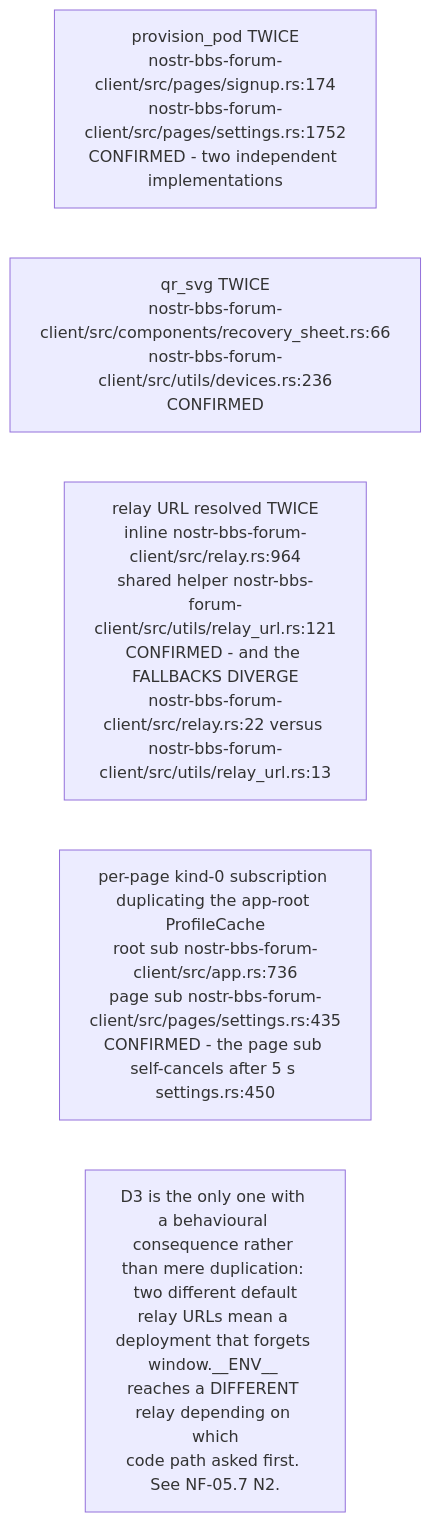
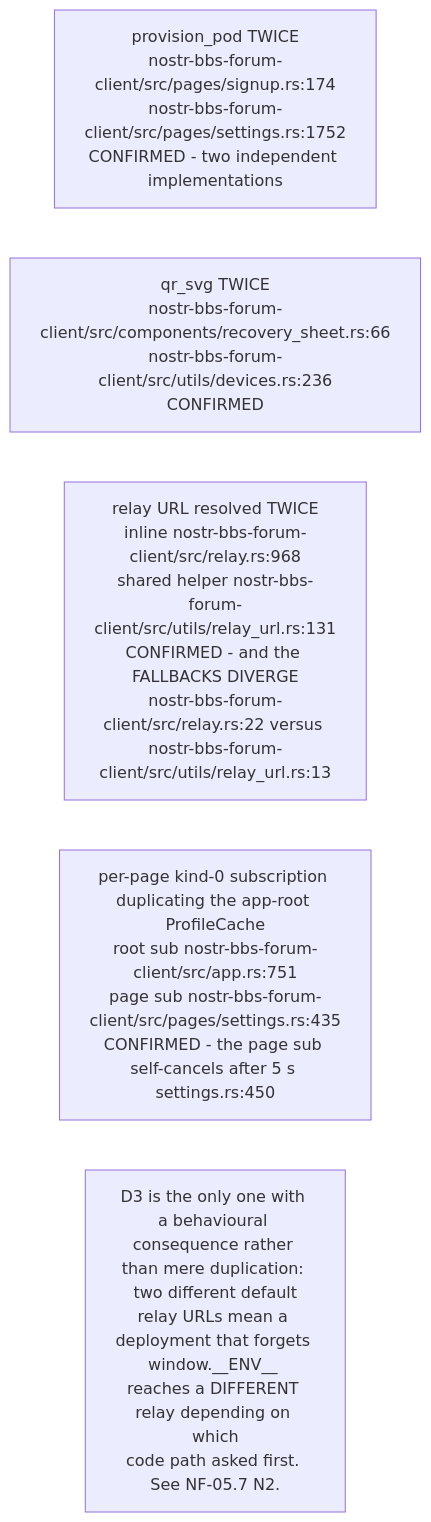
The fifth of 11 diagrams in docs/diagrams/nostr-rust-forum/10-invariants-and-anomaly-register.md (DreamLab-AI/VisionFlow), drawn with Mermaid before and after one commit. The commit also changed other lines of this file and 11 other files, not shown here.

````diff
--- a/docs/diagrams/nostr-rust-forum/10-invariants-and-anomaly-register.md
+++ b/docs/diagrams/nostr-rust-forum/10-invariants-and-anomaly-register.md
@@ -117,9 +119,9 @@
 ```mermaid
 flowchart LR
     D1["provision_pod TWICE<br/>nostr-bbs-forum-client/src/pages/signup.rs:174<br/>nostr-bbs-forum-client/src/pages/settings.rs:1752<br/>CONFIRMED - two independent implementations"]
     D2["qr_svg TWICE<br/>nostr-bbs-forum-client/src/components/recovery_sheet.rs:66<br/>nostr-bbs-forum-client/src/utils/devices.rs:236<br/>CONFIRMED"]
-    D3["relay URL resolved TWICE<br/>inline nostr-bbs-forum-client/src/relay.rs:964<br/>shared helper nostr-bbs-forum-client/src/utils/relay_url.rs:121<br/>CONFIRMED - and the FALLBACKS DIVERGE<br/>nostr-bbs-forum-client/src/relay.rs:22 versus nostr-bbs-forum-client/src/utils/relay_url.rs:13"]
-    D4["per-page kind-0 subscription duplicating the app-root ProfileCache<br/>root sub nostr-bbs-forum-client/src/app.rs:736<br/>page sub nostr-bbs-forum-client/src/pages/settings.rs:435<br/>CONFIRMED - the page sub self-cancels after 5 s settings.rs:450"]
+    D3["relay URL resolved TWICE<br/>inline nostr-bbs-forum-client/src/relay.rs:968<br/>shared helper nostr-bbs-forum-client/src/utils/relay_url.rs:131<br/>CONFIRMED - and the FALLBACKS DIVERGE<br/>nostr-bbs-forum-client/src/relay.rs:22 versus nostr-bbs-forum-client/src/utils/relay_url.rs:13"]
+    D4["per-page kind-0 subscription duplicating the app-root ProfileCache<br/>root sub nostr-bbs-forum-client/src/app.rs:751<br/>page sub nostr-bbs-forum-client/src/pages/settings.rs:435<br/>CONFIRMED - the page sub self-cancels after 5 s settings.rs:450"]
 
     N1["D3 is the only one with a behavioural consequence rather than mere duplication: two different default<br/>relay URLs mean a deployment that forgets window.__ENV__ reaches a DIFFERENT relay depending on which<br/>code path asked first. See NF-05.7 N2."]
 ```
````
